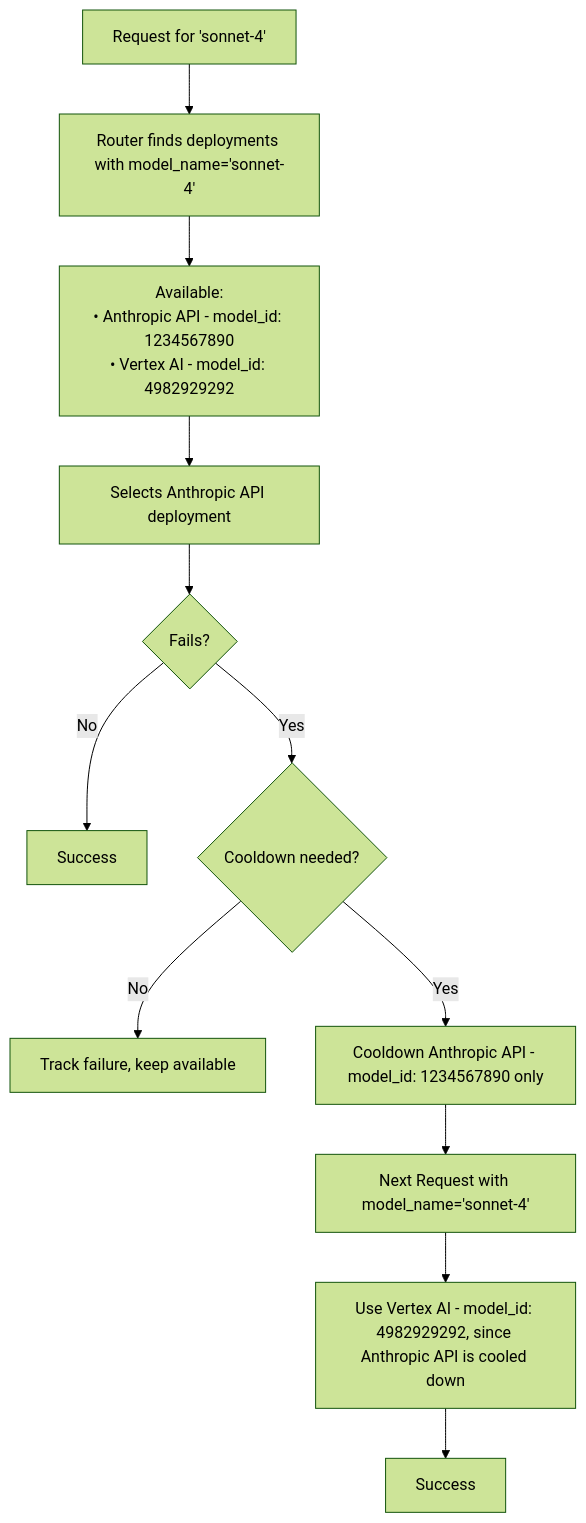
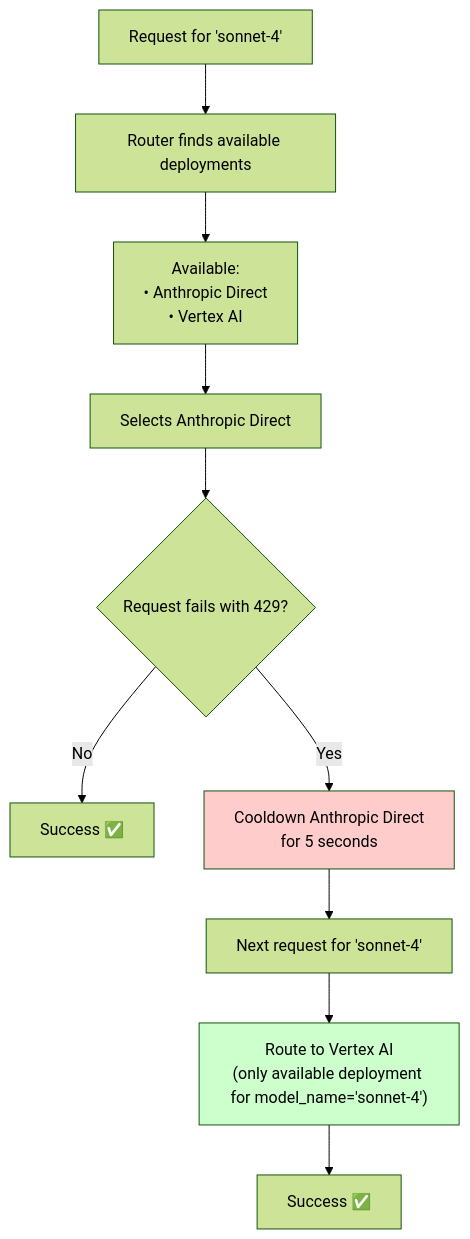
One commit to BerriAI/litellm changed the diagram in docs/my-website/docs/routing.md. Above: the diagram before and after it, drawn with Mermaid (forest theme). The commit also changed other lines of this file, not shown here.

Commit message:
docs cooldown

````diff
--- a/docs/my-website/docs/routing.md
+++ b/docs/my-website/docs/routing.md
@@ -1062,14 +1081,15 @@
 ```mermaid
 flowchart TD
-    A["Request for 'sonnet-4'"] --> B["Router finds deployments with model_name='sonnet-4'"]
-    B --> C["Available:<br/>• Anthropic API - model_id: 1234567890<br/>• Vertex AI - model_id: 4982929292"]
-    C --> D["Selects Anthropic API deployment"]
-    D --> E{"Fails?"}
-    E -->|No| F["Success"]
-    E -->|Yes| G{"Cooldown needed?"}
-    G -->|No| H["Track failure, keep available"]
-    G -->|Yes| I["Cooldown Anthropic API - model_id: 1234567890 only"]
-	I --> J["Next Request with model_name='sonnet-4'"]
-    J --> K["Use Vertex AI - model_id: 4982929292, since Anthropic API is cooled down"]
-    K --> L["Success"]
+    A["Request for 'sonnet-4'"] --> B["Router finds available deployments"]
+    B --> C["Available:<br/>• Anthropic Direct<br/>• Vertex AI"]
+    C --> D["Selects Anthropic Direct"]
+    D --> E{"Request fails with 429?"}
+    E -->|No| F["Success ✅"]
+    E -->|Yes| G["Cooldown Anthropic Direct<br/>for 5 seconds"]
+    G --> H["Next request for 'sonnet-4'"]
+    H --> I["Route to Vertex AI<br/>(only available deployment for model_name='sonnet-4')"]
+    I --> J["Success ✅"]
+    
+    style G fill:#ffcccc
+    style I fill:#ccffcc
 ```
````
